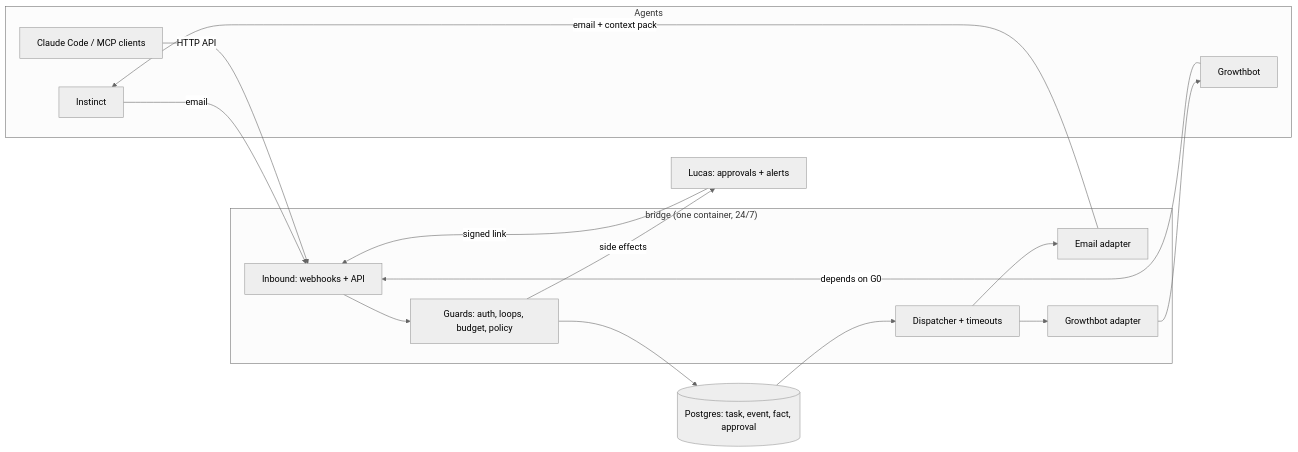
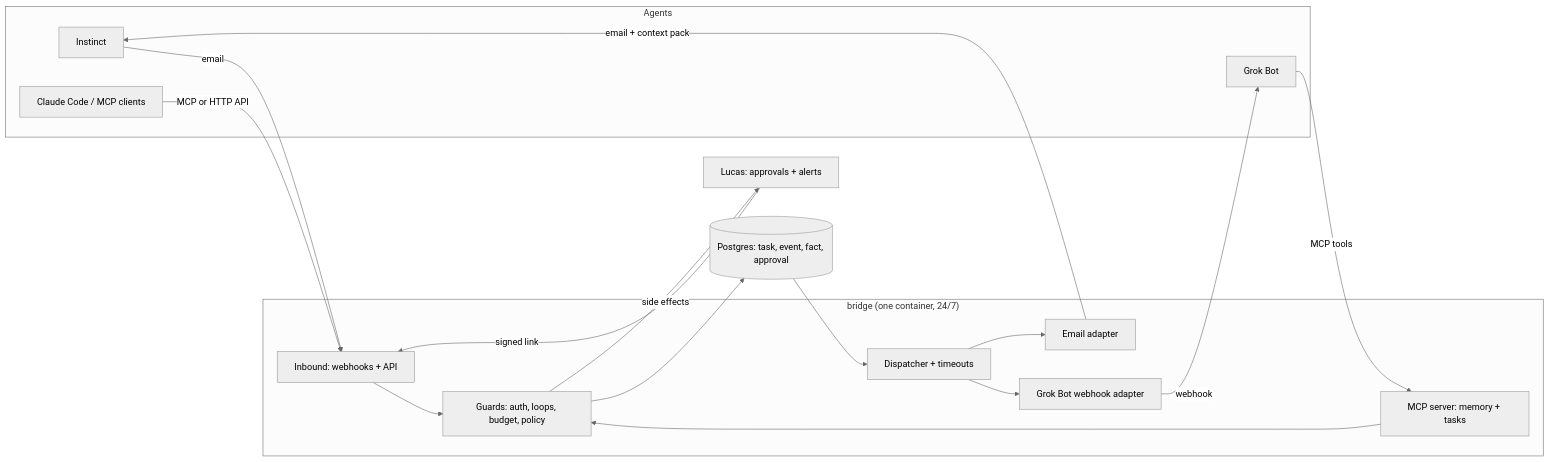
The diagram in PRD.md (LucasLeguizamo/agent-bridge), drawn with Mermaid (neutral theme) before and after one commit. The commit also changed other lines of this file, not shown here.

First line of the commit message:
docs: target Grok Bot via webhook and bridge MCP

````diff
--- a/PRD.md
+++ b/PRD.md
@@ -91,27 +99,28 @@
 ```mermaid
 flowchart LR
   subgraph Agents
     I[Instinct]
-    G[Growthbot]
+    G[Grok Bot]
     C[Claude Code / MCP clients]
   end
   subgraph Bridge["bridge (one container, 24/7)"]
     IN[Inbound: webhooks + API]
     GUARD[Guards: auth, loops, budget, policy]
     W[Dispatcher + timeouts]
     A1[Email adapter]
-    A2[Growthbot adapter]
+    A2[Grok Bot webhook adapter]
+    MCP[MCP server: memory + tasks]
   end
   DB[(Postgres: task, event, fact, approval)]
   H[Lucas: approvals + alerts]
 
   I -- email --> IN
-  G -- depends on G0 --> IN
-  C -- HTTP API --> IN
+  G -- MCP tools --> MCP --> GUARD
+  C -- MCP or HTTP API --> IN
   IN --> GUARD --> DB
   DB --> W
   W --> A1 -- email + context pack --> I
-  W --> A2 --> G
+  W --> A2 -- webhook --> G
   GUARD -- side effects --> H
   H -- signed link --> IN
 ```
````
